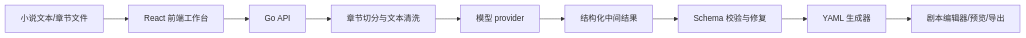
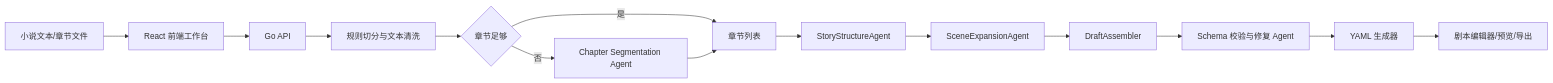
Before and after one commit to Flepxum/novelscript-ai: the diagram in docs/architecture.md, drawn with Mermaid. The commit also changed other lines of this file and 10 other files, not shown here.

````diff
--- a/docs/architecture.md
+++ b/docs/architecture.md
@@ -27,11 +27,16 @@
 ```mermaid
 flowchart LR
   A[小说文本/章节文件] --> B[React 前端工作台]
   B --> C[Go API]
-  C --> D[章节切分与文本清洗]
-  D --> E[模型 provider]
-  E --> F[结构化中间结果]
-  F --> G[Schema 校验与修复]
-  G --> H[YAML 生成器]
-  H --> I[剧本编辑器/预览/导出]
+  C --> D[规则切分与文本清洗]
+  D --> E{章节足够}
+  E -- 否 --> F[Chapter Segmentation Agent]
+  E -- 是 --> G[章节列表]
+  F --> G
+  G --> H[StoryStructureAgent]
+  H --> I[SceneExpansionAgent]
+  I --> J[DraftAssembler]
+  J --> K[Schema 校验与修复 Agent]
+  K --> L[YAML 生成器]
+  L --> M[剧本编辑器/预览/导出]
 ```
````
